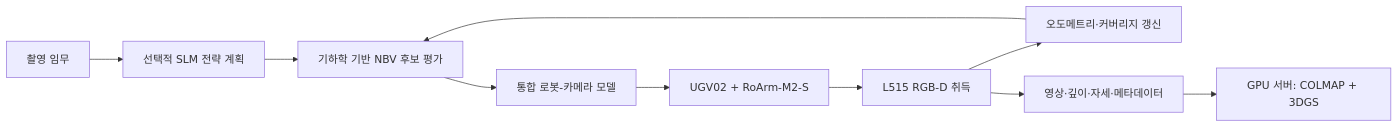
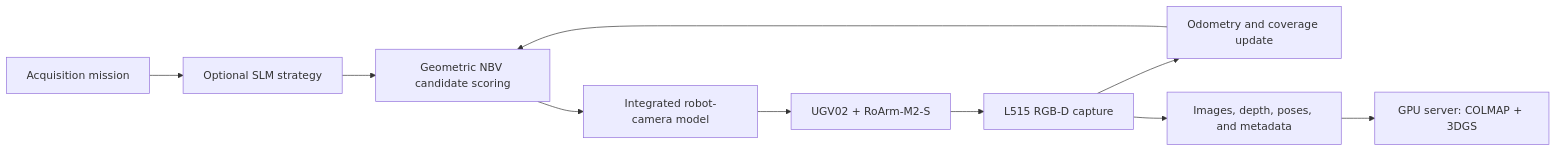
The diagram in README.md (sheepisaac/model_robot), drawn with Mermaid before and after one commit. The commit also changed other lines of this file, not shown here.

````diff
--- a/README.md
+++ b/README.md
@@ -30,12 +43,12 @@
 ```mermaid
 flowchart LR
-    Mission[촬영 임무] --> Strategy[선택적 SLM 전략 계획]
-    Strategy --> NBV[기하학 기반 NBV 후보 평가]
-    NBV --> Model[통합 로봇-카메라 모델]
+    Mission[Acquisition mission] --> Strategy[Optional SLM strategy]
+    Strategy --> NBV[Geometric NBV candidate scoring]
+    NBV --> Model[Integrated robot-camera model]
     Model --> Robot[UGV02 + RoArm-M2-S]
-    Robot --> Camera[L515 RGB-D 취득]
-    Camera --> State[오도메트리·커버리지 갱신]
+    Robot --> Camera[L515 RGB-D capture]
+    Camera --> State[Odometry and coverage update]
     State --> NBV
-    Camera --> Dataset[영상·깊이·자세·메타데이터]
-    Dataset --> Reconstruction[GPU 서버: COLMAP + 3DGS]
+    Camera --> Dataset[Images, depth, poses, and metadata]
+    Dataset --> Reconstruction[GPU server: COLMAP + 3DGS]
 ```
````
